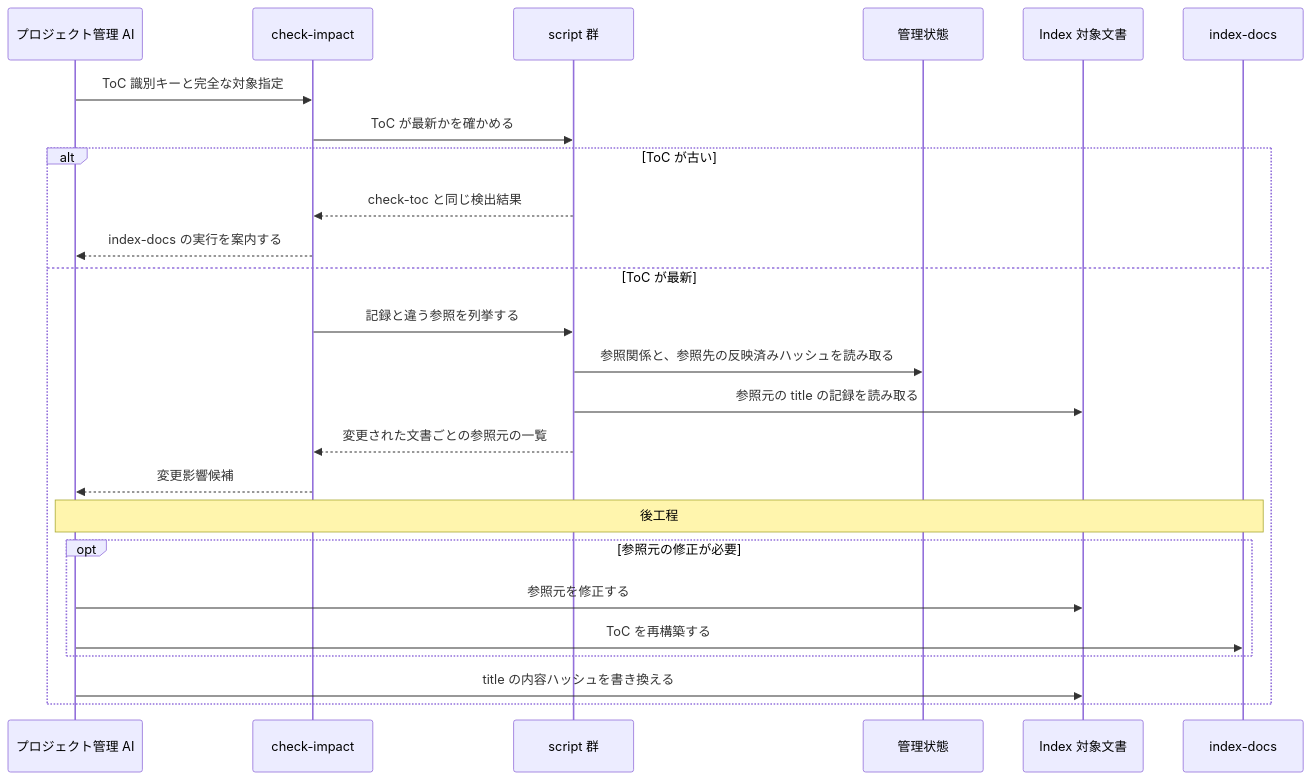
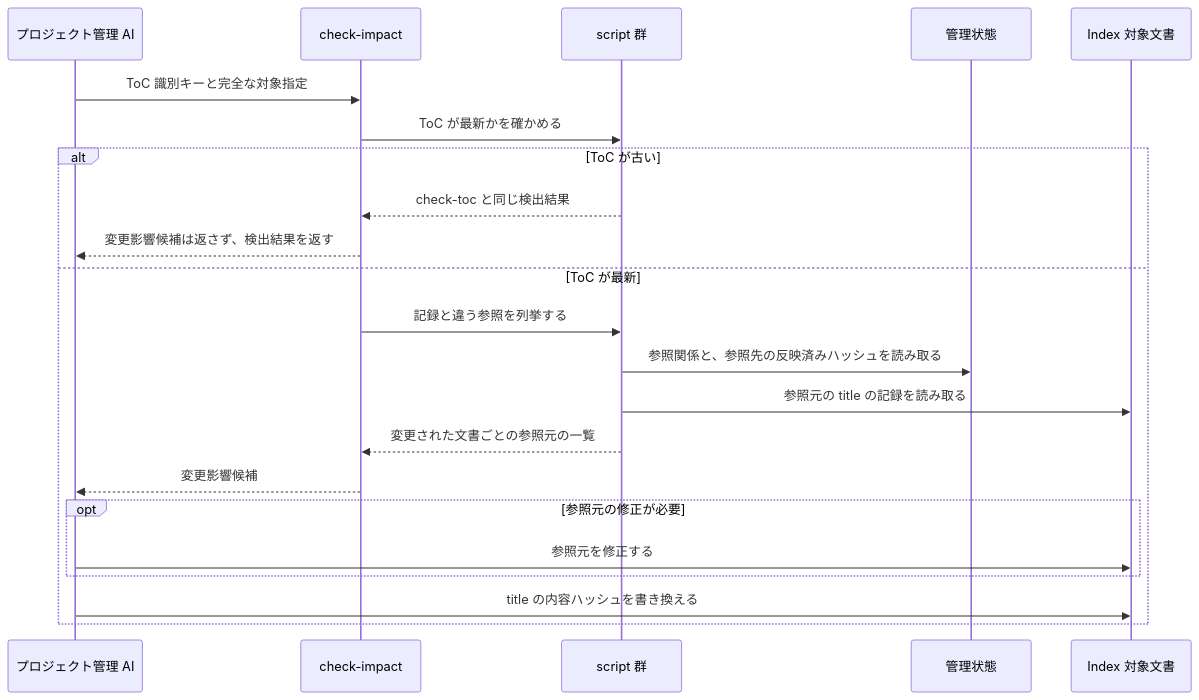
One commit to BlueEventHorizon/doc-link changed the eighth of 10 diagrams in docs/specs/design/DES-010_skill-composition.md. Above: the diagram before and after it, drawn with Mermaid. The commit also changed other lines of this file and 30 other files, not shown here.

First line of the commit message:
fix(doc-link): SKILL から後工程の案内をなくし、流れは入口（index-docs・query-docs）の手順へ寄せる

````diff
--- a/docs/specs/design/DES-010_skill-composition.md
+++ b/docs/specs/design/DES-010_skill-composition.md
@@ -348,28 +320,25 @@
 ```mermaid
 sequenceDiagram
     participant PM as プロジェクト管理 AI
     participant Skill as check-impact
     participant Scripts as script 群
     participant State as 管理状態
     participant Docs as Index 対象文書
-    participant Index as index-docs
 
     PM->>Skill: ToC 識別キーと完全な対象指定
     Skill->>Scripts: ToC が最新かを確かめる
     alt ToC が古い
         Scripts-->>Skill: check-toc と同じ検出結果
-        Skill-->>PM: index-docs の実行を案内する
+        Skill-->>PM: 変更影響候補は返さず、検出結果を返す
     else ToC が最新
         Skill->>Scripts: 記録と違う参照を列挙する
         Scripts->>State: 参照関係と、参照先の反映済みハッシュを読み取る
         Scripts->>Docs: 参照元の title の記録を読み取る
         Scripts-->>Skill: 変更された文書ごとの参照元の一覧
         Skill-->>PM: 変更影響候補
-        Note over PM,Index: 後工程
         opt 参照元の修正が必要
             PM->>Docs: 参照元を修正する
-            PM->>Index: ToC を再構築する
         end
         PM->>Docs: title の内容ハッシュを書き換える
     end
 ```
````
